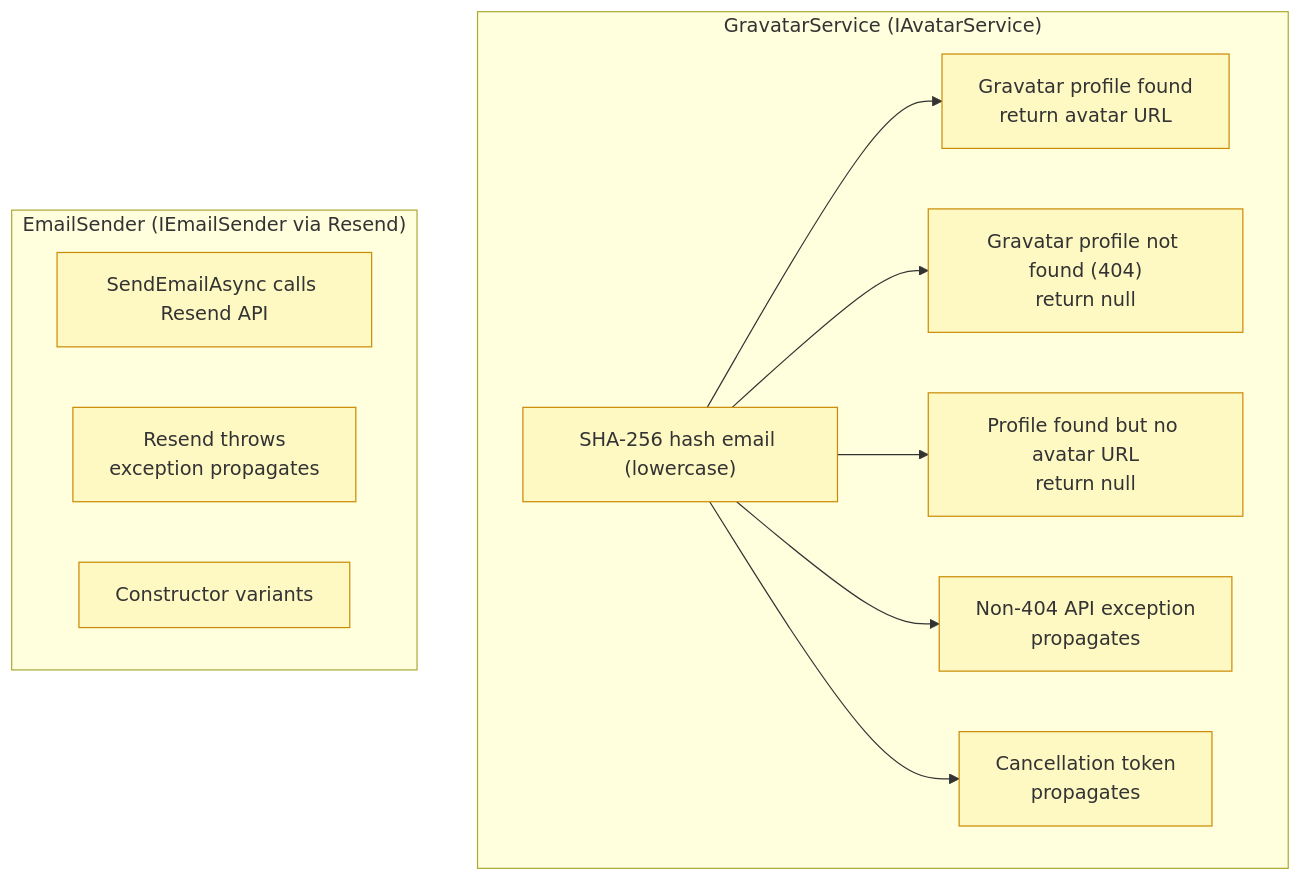
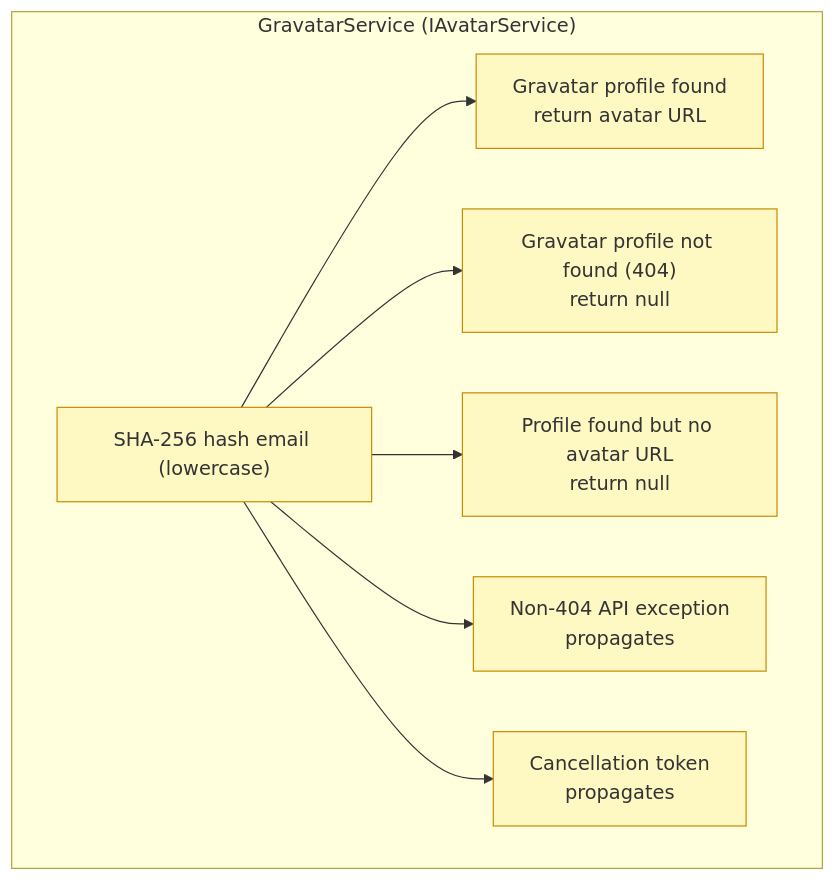
Before and after one commit to crgolden/Identity: diagram 14 of 16 in TESTING.md, drawn with Mermaid. The commit also changed other lines of this file and 97 other files, not shown here.

Commit message:
Adding Service Bus Sender and removing Resend - Fixes #4

````diff
--- a/TESTING.md
+++ b/TESTING.md
@@ -1046,32 +1046,24 @@
 ```mermaid
 flowchart TD
     classDef unitOnly fill:#fef9c3,stroke:#ca8a04
 
     subgraph GravatarSvc["GravatarService (IAvatarService)"]
         GV_Hash["SHA-256 hash email (lowercase)"]:::unitOnly
 
         GV_Found["Gravatar profile found\nreturn avatar URL"]:::unitOnly
 
         GV_NotFound["Gravatar profile not found (404)\nreturn null"]:::unitOnly
 
         GV_NullUrl["Profile found but no avatar URL\nreturn null"]:::unitOnly
 
         GV_OtherErr["Non-404 API exception\npropagates"]:::unitOnly
 
         GV_Cancel["Cancellation token\npropagates"]:::unitOnly
     end
 
-    subgraph EmailSvc["EmailSender (IEmailSender via Resend)"]
-        ES_Send["SendEmailAsync calls Resend API"]:::unitOnly
-
-        ES_Throw["Resend throws\nexception propagates"]:::unitOnly
-
-        ES_Ctor["Constructor variants"]:::unitOnly
-    end
-
     GV_Hash --> GV_Found
     GV_Hash --> GV_NotFound
     GV_Hash --> GV_NullUrl
     GV_Hash --> GV_OtherErr
     GV_Hash --> GV_Cancel
 ```
````
